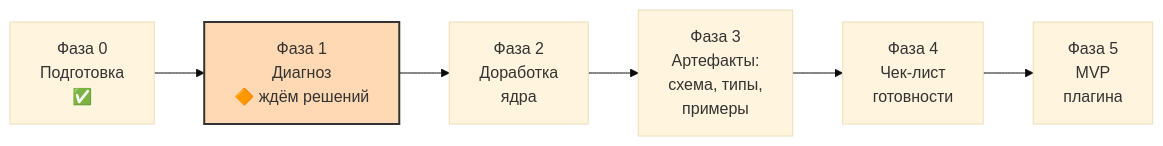
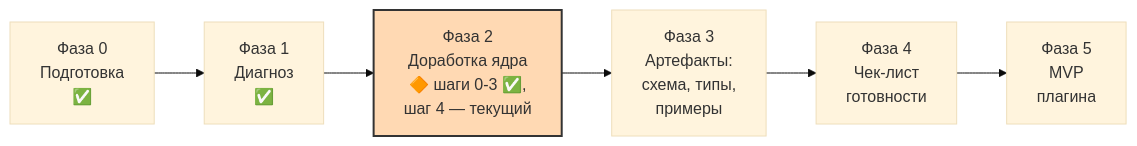
Before and after one commit to pashhha33/SB_Qwen_PKB: the diagram in docs/project-map/PROJECT_MAP.md, drawn with Mermaid (base theme). The commit also changed other lines of this file and 11 other files, not shown here.

````diff
--- a/docs/project-map/PROJECT_MAP.md
+++ b/docs/project-map/PROJECT_MAP.md
@@ -45,9 +43,9 @@
 ```mermaid
 flowchart LR
-    F0["Фаза 0<br/>Подготовка<br/>✅"] --> F1["Фаза 1<br/>Диагноз<br/>🔶 ждём решений"]
-    F1 --> F2["Фаза 2<br/>Доработка<br/>ядра"]
+    F0["Фаза 0<br/>Подготовка<br/>✅"] --> F1["Фаза 1<br/>Диагноз<br/>✅"]
+    F1 --> F2["Фаза 2<br/>Доработка ядра<br/>🔶 шаги 0-3 ✅,<br/>шаг 4 — текущий"]
     F2 --> F3["Фаза 3<br/>Артефакты:<br/>схема, типы,<br/>примеры"]
     F3 --> F4["Фаза 4<br/>Чек-лист<br/>готовности"]
     F4 --> F5["Фаза 5<br/>MVP<br/>плагина"]
-    style F1 fill:#ffd9b3,stroke:#333,stroke-width:2px
+    style F2 fill:#ffd9b3,stroke:#333,stroke-width:2px
 ```
````
